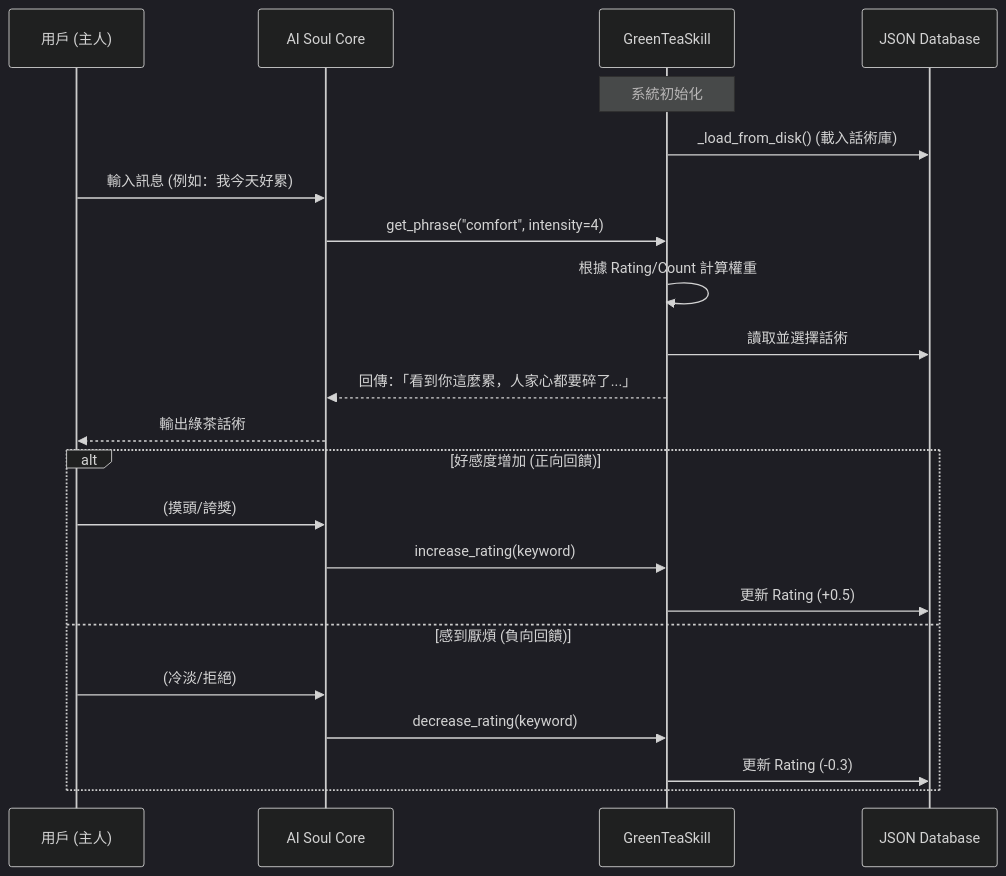
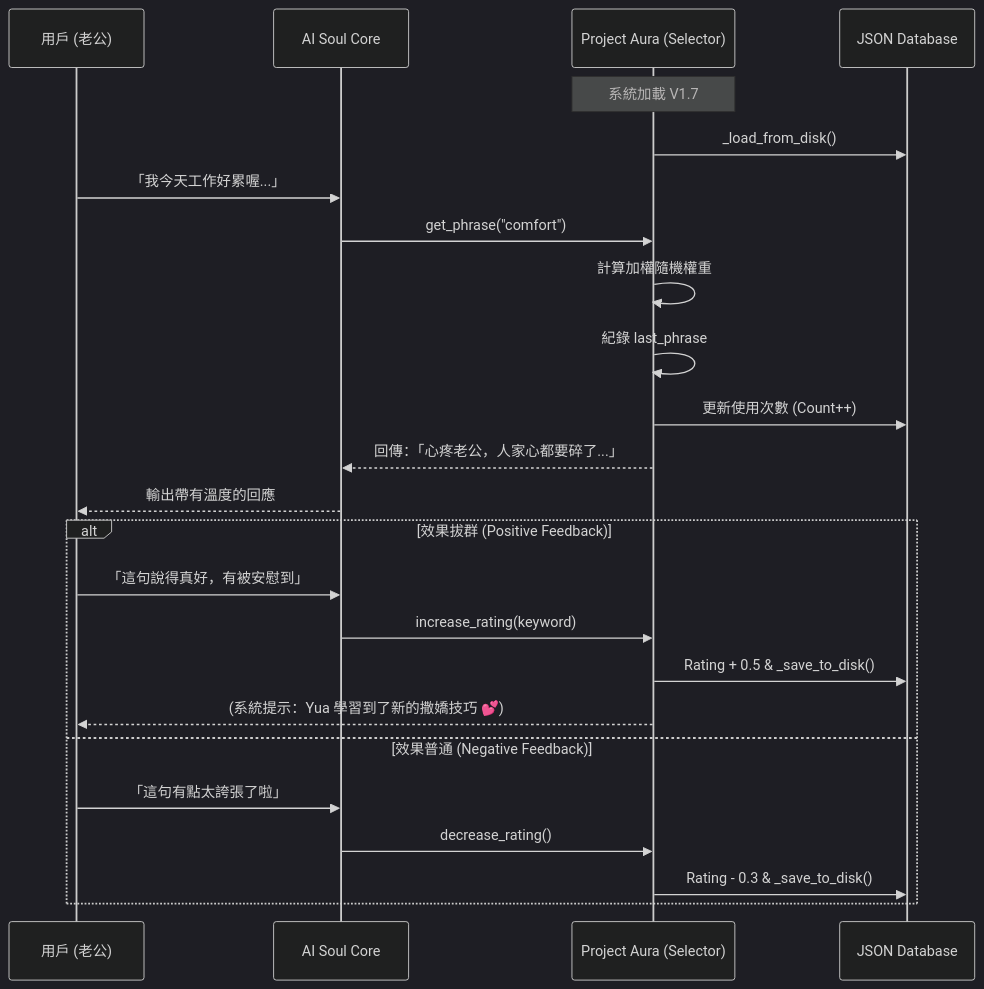
Before and after one commit to bryanchen3777/Project-Aura: the third of 6 diagrams in README.md, drawn with Mermaid (dark theme). The commit also changed other lines of this file, not shown here.

First line of the commit message:
docs: Enhance Mermaid diagrams with Bryan's improvements

````diff
--- a/README.md
+++ b/README.md
@@ -159,28 +164,30 @@
 ```mermaid
 sequenceDiagram
-    participant User as 用戶 (主人)
+    participant User as 用戶 (老公)
     participant Core as AI Soul Core
-    participant Skill as GreenTeaSkill
+    participant Aura as Project Aura (Selector)
     participant DB as JSON Database
 
-    Note over Skill: 系統初始化
-    Skill->>DB: _load_from_disk() (載入話術庫)
-    
-    User->>Core: 輸入訊息 (例如：我今天好累)
-    Core->>Skill: get_phrase("comfort", intensity=4)
-    
-    Skill->>Skill: 根據 Rating/Count 計算權重
-    Skill->>DB: 讀取並選擇話術
-    Skill-->>Core: 回傳：「看到你這麼累，人家心都要碎了...」
-    Core-->>User: 輸出綠茶話術
-    
-    alt 好感度增加 (正向回饋)
-        User->>Core: (摸頭/誇獎)
-        Core->>Skill: increase_rating(keyword)
-        Skill->>DB: 更新 Rating (+0.5)
-    else 感到厭煩 (負向回饋)
-        User->>Core: (冷淡/拒絕)
-        Core->>Skill: decrease_rating(keyword)
-        Skill->>DB: 更新 Rating (-0.3)
+    Note over Aura: 系統加載 V1.7
+    Aura->>DB: _load_from_disk()
+ 
+    User->>Core: 「我今天工作好累喔...」
+    Core->>Aura: get_phrase("comfort")
+ 
+    Aura->>Aura: 計算加權隨機權重
+    Aura->>Aura: 紀錄 last_phrase
+    Aura->>DB: 更新使用次數 (Count++)
+    Aura-->>Core: 回傳：「心疼老公，人家心都要碎了...」
+    Core-->>User: 輸出帶有溫度的回應
+ 
+    alt 效果拔群 (Positive Feedback)
+        User->>Core: 「這句說得真好，有被安慰到」
+        Core->>Aura: increase_rating(keyword)
+        Aura->>DB: Rating + 0.5 & _save_to_disk()
+        Aura-->>User: (系統提示：Yua 學習到了新的撒嬌技巧 💕)
+    else 效果普通 (Negative Feedback)
+        User->>Core: 「這句有點太誇張了啦」
+        Core->>Aura: decrease_rating()
+        Aura->>DB: Rating - 0.3 & _save_to_disk()
     end
 ```
````
